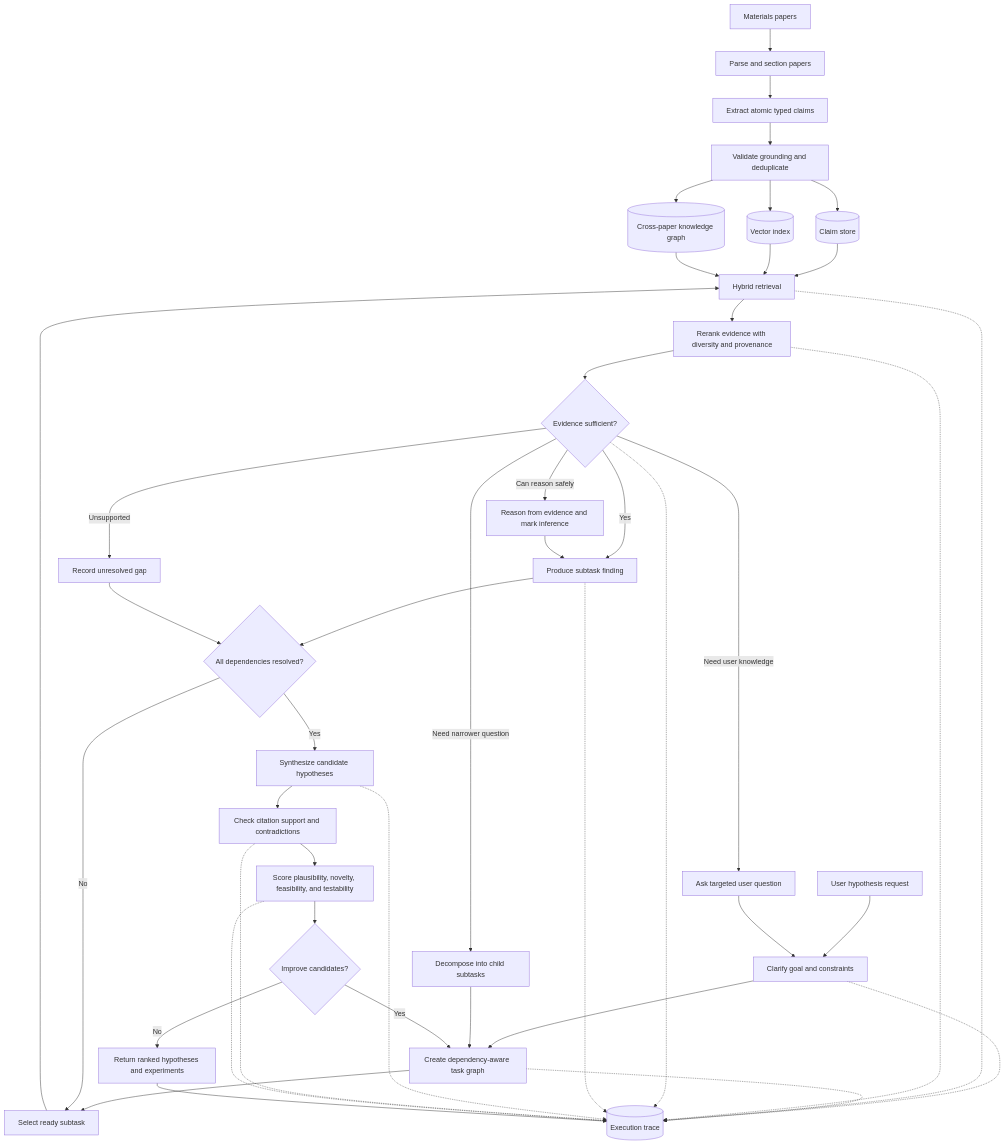
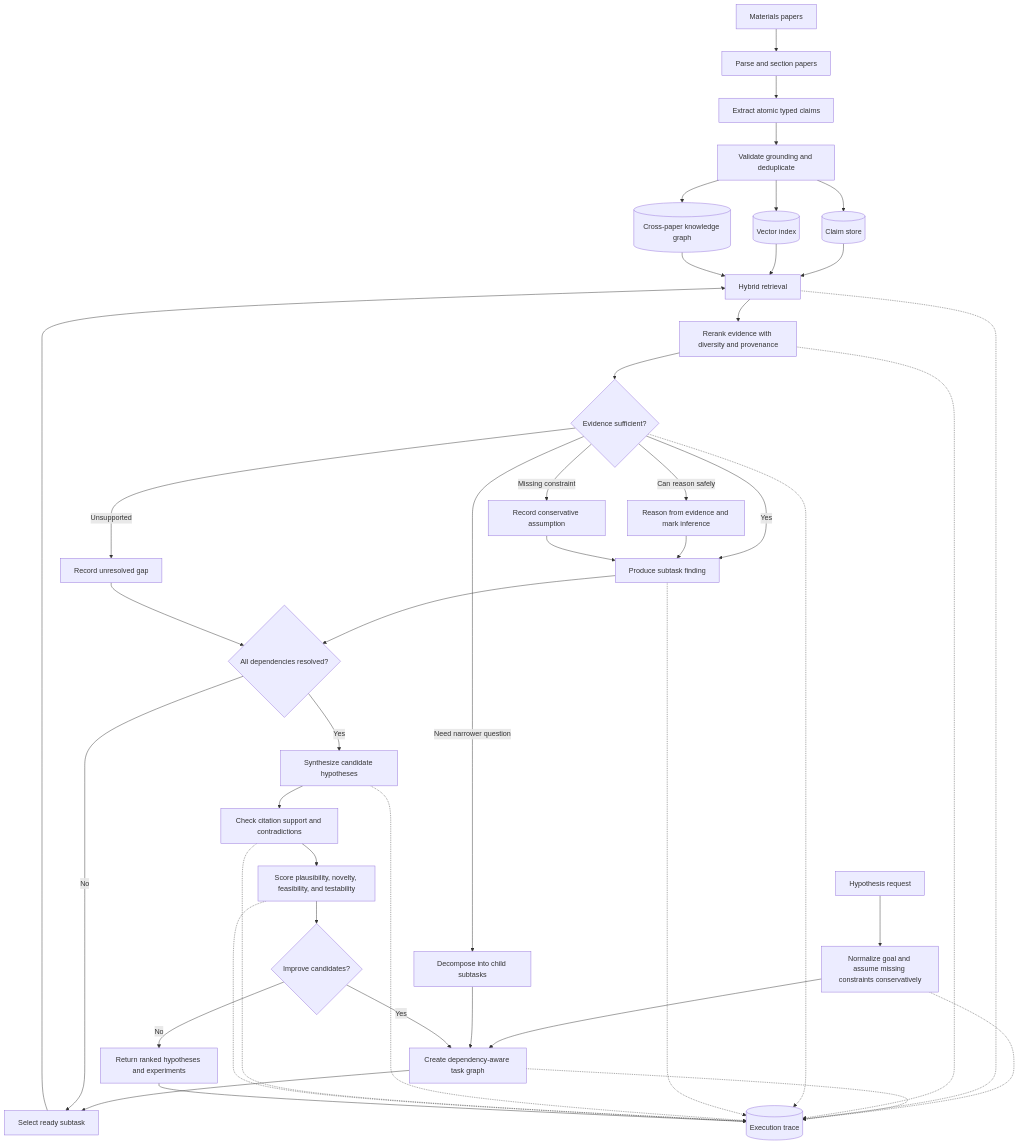
The diagram in README.md (yadyneshsonale/materials-hypothesis-generation), drawn with Mermaid before and after one commit. The commit also changed other lines of this file and 3 other files, not shown here.

````diff
--- a/README.md
+++ b/README.md
@@ -27,51 +27,51 @@
 ```mermaid
 flowchart TD
    A[Materials papers] --> B[Parse and section papers]
    B --> C[Extract atomic typed claims]
    C --> D[Validate grounding and deduplicate]
    D --> E[(Claim store)]
    D --> F[(Vector index)]
    D --> G[(Cross-paper knowledge graph)]
 
-   U[User hypothesis request] --> H[Clarify goal and constraints]
+  U[Hypothesis request] --> H[Normalize goal and assume missing constraints conservatively]
    H --> I[Create dependency-aware task graph]
    I --> J[Select ready subtask]
 
    J --> K[Hybrid retrieval]
    E --> K
    F --> K
    G --> K
    K --> L[Rerank evidence with diversity and provenance]
    L --> M{Evidence sufficient?}
 
    M -->|Yes| N[Produce subtask finding]
    M -->|Can reason safely| O[Reason from evidence and mark inference]
    M -->|Need narrower question| P[Decompose into child subtasks]
-   M -->|Need user knowledge| Q[Ask targeted user question]
+  M -->|Missing constraint| Q[Record conservative assumption]
    M -->|Unsupported| R[Record unresolved gap]
 
    O --> N
    P --> I
-   Q --> H
+  Q --> N
    N --> S{All dependencies resolved?}
    R --> S
    S -->|No| J
    S -->|Yes| T[Synthesize candidate hypotheses]
 
    T --> V[Check citation support and contradictions]
    V --> W[Score plausibility, novelty, feasibility, and testability]
    W --> X{Improve candidates?}
    X -->|Yes| I
    X -->|No| Y[Return ranked hypotheses and experiments]
 
    H -.-> Z[(Execution trace)]
    I -.-> Z
    K -.-> Z
    L -.-> Z
    M -.-> Z
    N -.-> Z
    T -.-> Z
    V -.-> Z
    W -.-> Z
    Y --> Z
 ```
````
